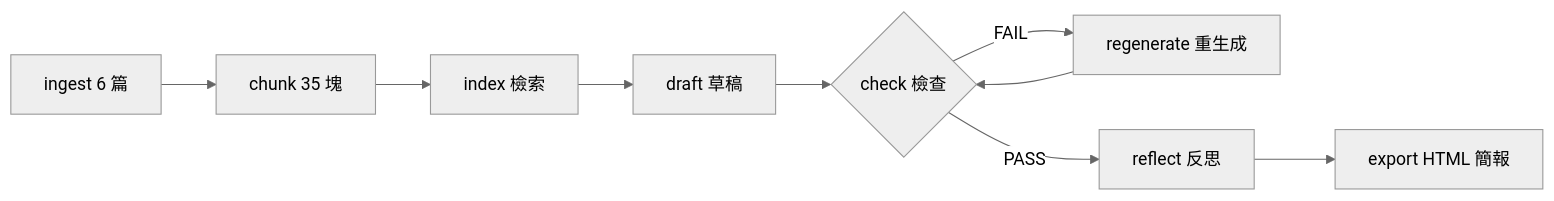
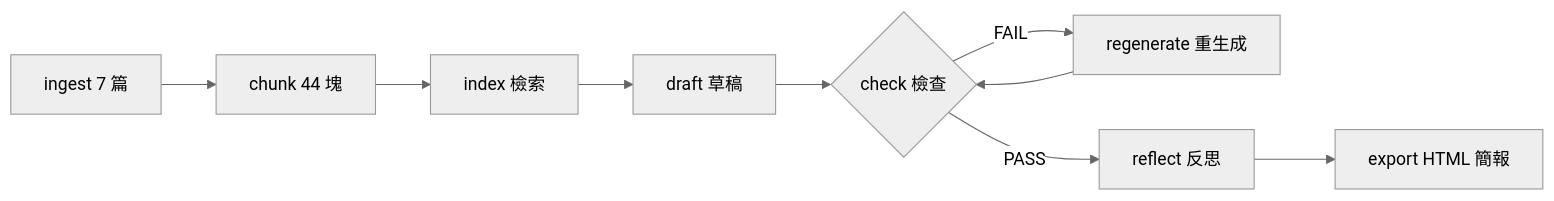
Before and after one commit to TW-Aki/TAICA_week10_hw: the diagram in submission.md, drawn with Mermaid (neutral theme). The commit also changed other lines of this file and 22 other files, not shown here.

````diff
--- a/submission.md
+++ b/submission.md
@@ -49,11 +49,11 @@
 ```mermaid
 flowchart LR
-    A[ingest 6 篇] --> B[chunk 35 塊]
+    A[ingest 7 篇] --> B[chunk 44 塊]
     B --> C[index 檢索]
     C --> D[draft 草稿]
     D --> E{check 檢查}
     E -- FAIL --> F[regenerate 重生成]
     F --> E
     E -- PASS --> G[reflect 反思]
     G --> H[export HTML 簡報]
 ```
````
